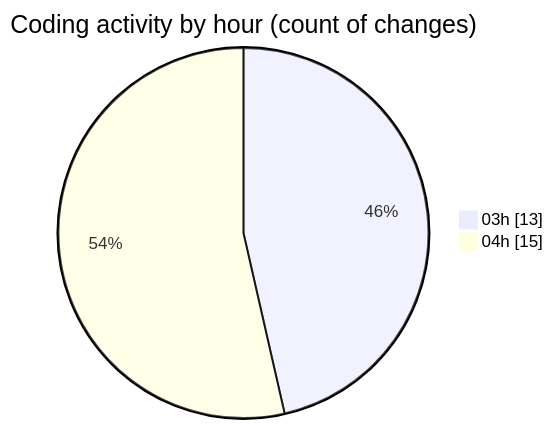
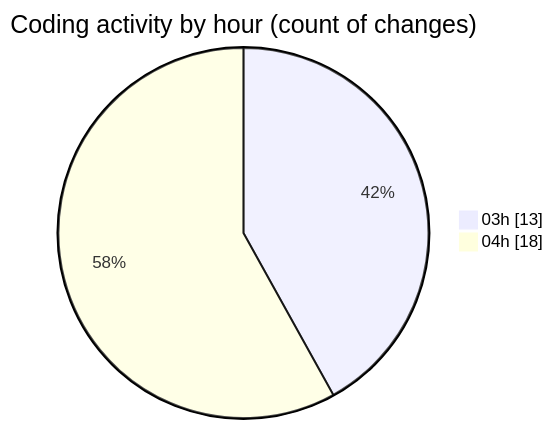
The second of 2 diagrams in 2026-07-15/shibass-ai/README.md (shibass792/code-tracking), drawn with Mermaid before and after one commit. The commit also changed other lines of this file and 1 other file, not shown here.

````diff
--- a/2026-07-15/shibass-ai/README.md
+++ b/2026-07-15/shibass-ai/README.md
@@ -40,6 +41,6 @@
 ```mermaid
 pie showData
 title Coding activity by hour (count of changes)
 "03h" : 13
-"04h" : 15
+"04h" : 18
 ```
````
